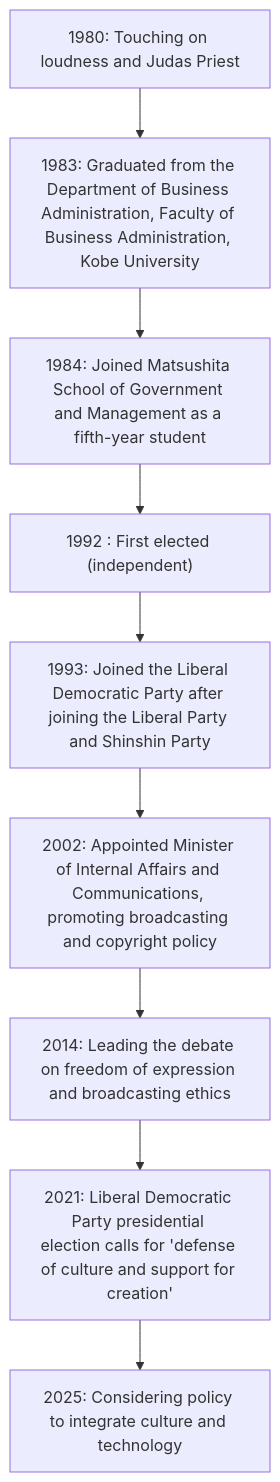
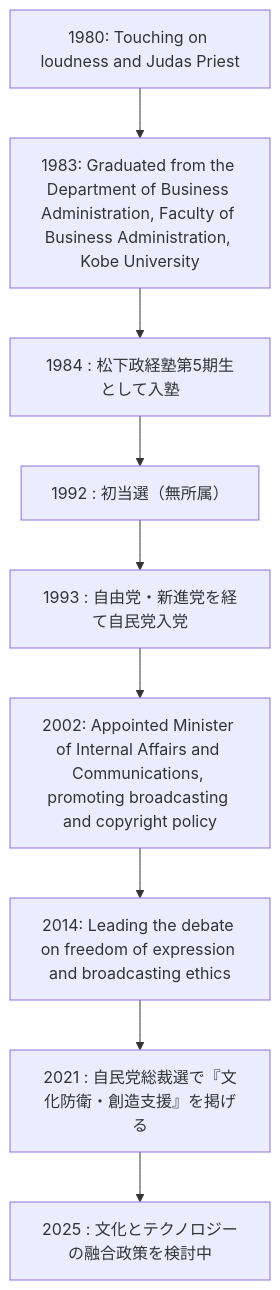
One commit to monumental-movement/monumental-movement.github.io changed the second of 3 diagrams in en/_posts/2025-10-25-column-takaichi-metal.md. Above: the diagram before and after it, drawn with Mermaid. The commit also changed other lines of this file and 2196 other files, not shown here.

```diff
--- a/en/_posts/2025-10-25-column-takaichi-metal.md
+++ b/en/_posts/2025-10-25-column-takaichi-metal.md
@@ -139,13 +138,13 @@
 <div class="mermaid">
     
 graph TD
   A1980["1980: Touching on loudness and Judas Priest"] --> A1983["1983: Graduated from the Department of Business Administration, Faculty of Business Administration, Kobe University"]
-  A1983 --> A1984["1984: Joined Matsushita School of Government and Management as a fifth-year student"]
-  A1984 --> A1992["1992 : First elected (independent)"]
-  A1992 --> A1993["1993: Joined the Liberal Democratic Party after joining the Liberal Party and Shinshin Party"]
+  A1983 --> A1984["1984 : 松下政経塾第5期生として入塾"]
+  A1984 --> A1992["1992 : 初当選（無所属）"]
+  A1992 --> A1993["1993 : 自由党・新進党を経て自民党入党"]
   A1993 --> A2002["2002: Appointed Minister of Internal Affairs and Communications, promoting broadcasting and copyright policy"]
   A2002 --> A2014["2014: Leading the debate on freedom of expression and broadcasting ethics"]
-  A2014 --> A2021["2021: Liberal Democratic Party presidential election calls for 'defense of culture and support for creation'"]
-  A2021 --> A2025["2025: Considering policy to integrate culture and technology"]
+  A2014 --> A2021["2021 : 自民党総裁選で『文化防衛・創造支援』を掲げる"]
+  A2021 --> A2025["2025 : 文化とテクノロジーの融合政策を検討中"]
 
 </div>
```
